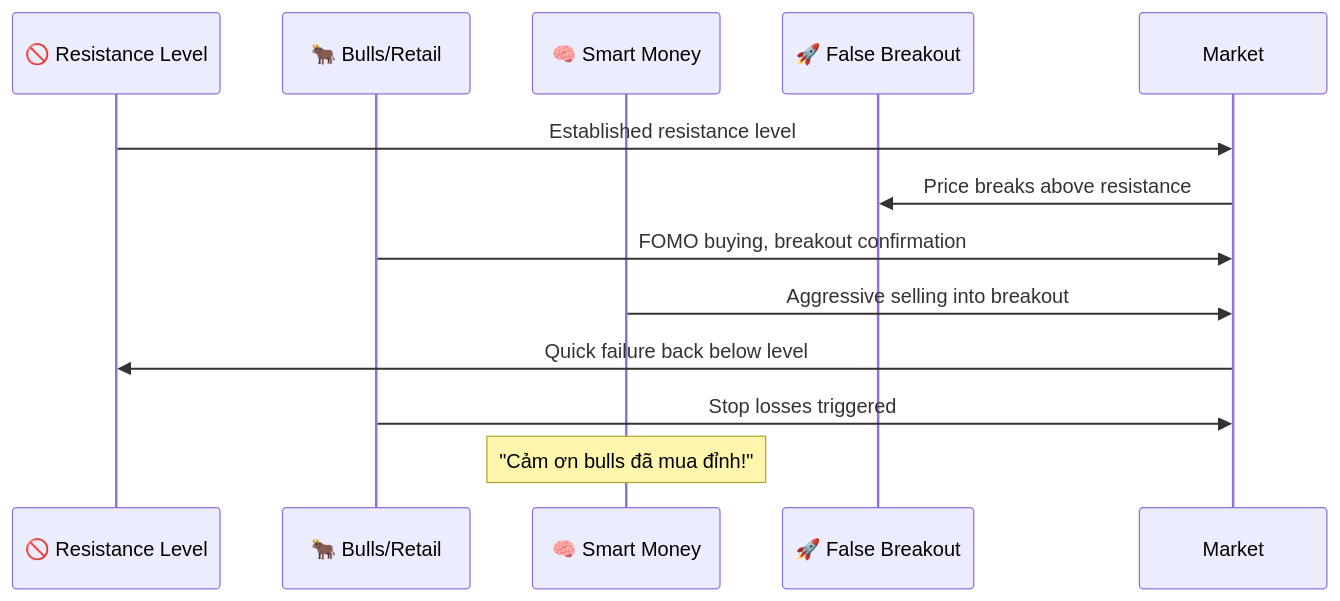
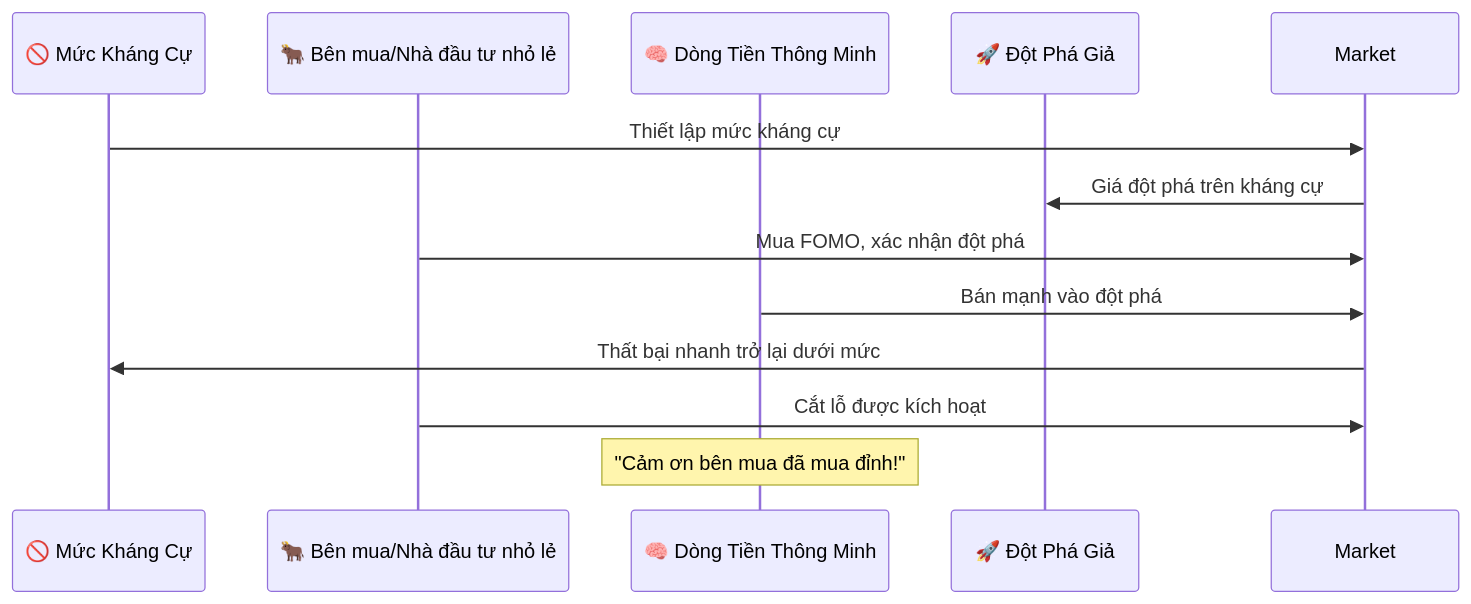
The third of 3 diagrams in docs/tutorials/chapter-3-2-bearish-vpa-signals.md (quanhua92/aipriceaction-old), drawn with Mermaid before and after one commit. The commit also changed other lines of this file and 13 other files, not shown here.

````diff
--- a/docs/tutorials/chapter-3-2-bearish-vpa-signals.md
+++ b/docs/tutorials/chapter-3-2-bearish-vpa-signals.md
@@ -202,15 +202,15 @@
 ```mermaid
 sequenceDiagram
-    participant Resistance as 🚫 Resistance Level
-    participant Bulls as 🐂 Bulls/Retail
-    participant Smart as 🧠 Smart Money
-    participant Breakout as 🚀 False Breakout
+    participant Resistance as 🚫 Mức Kháng Cự
+    participant Bulls as 🐂 Bên mua/Nhà đầu tư nhỏ lẻ
+    participant Smart as 🧠 Dòng Tiền Thông Minh
+    participant Breakout as 🚀 Đột Phá Giả
     
-    Resistance->>Market: Established resistance level
-    Market->>Breakout: Price breaks above resistance
-    Bulls->>Market: FOMO buying, breakout confirmation
-    Smart->>Market: Aggressive selling into breakout
-    Market->>Resistance: Quick failure back below level
-    Bulls->>Market: Stop losses triggered
-    Note over Smart: "Cảm ơn bulls đã mua đỉnh!"
+    Resistance->>Market: Thiết lập mức kháng cự
+    Market->>Breakout: Giá đột phá trên kháng cự
+    Bulls->>Market: Mua FOMO, xác nhận đột phá
+    Smart->>Market: Bán mạnh vào đột phá
+    Market->>Resistance: Thất bại nhanh trở lại dưới mức
+    Bulls->>Market: Cắt lỗ được kích hoạt
+    Note over Smart: "Cảm ơn bên mua đã mua đỉnh!"
 ```
````
